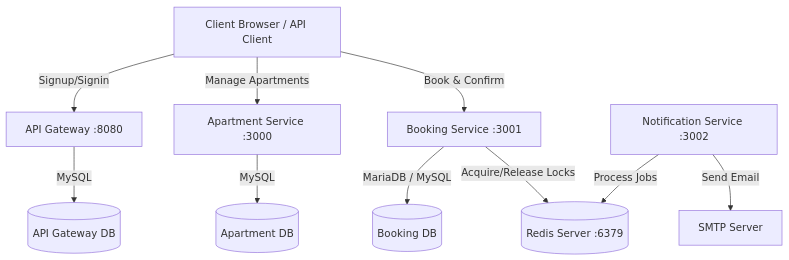
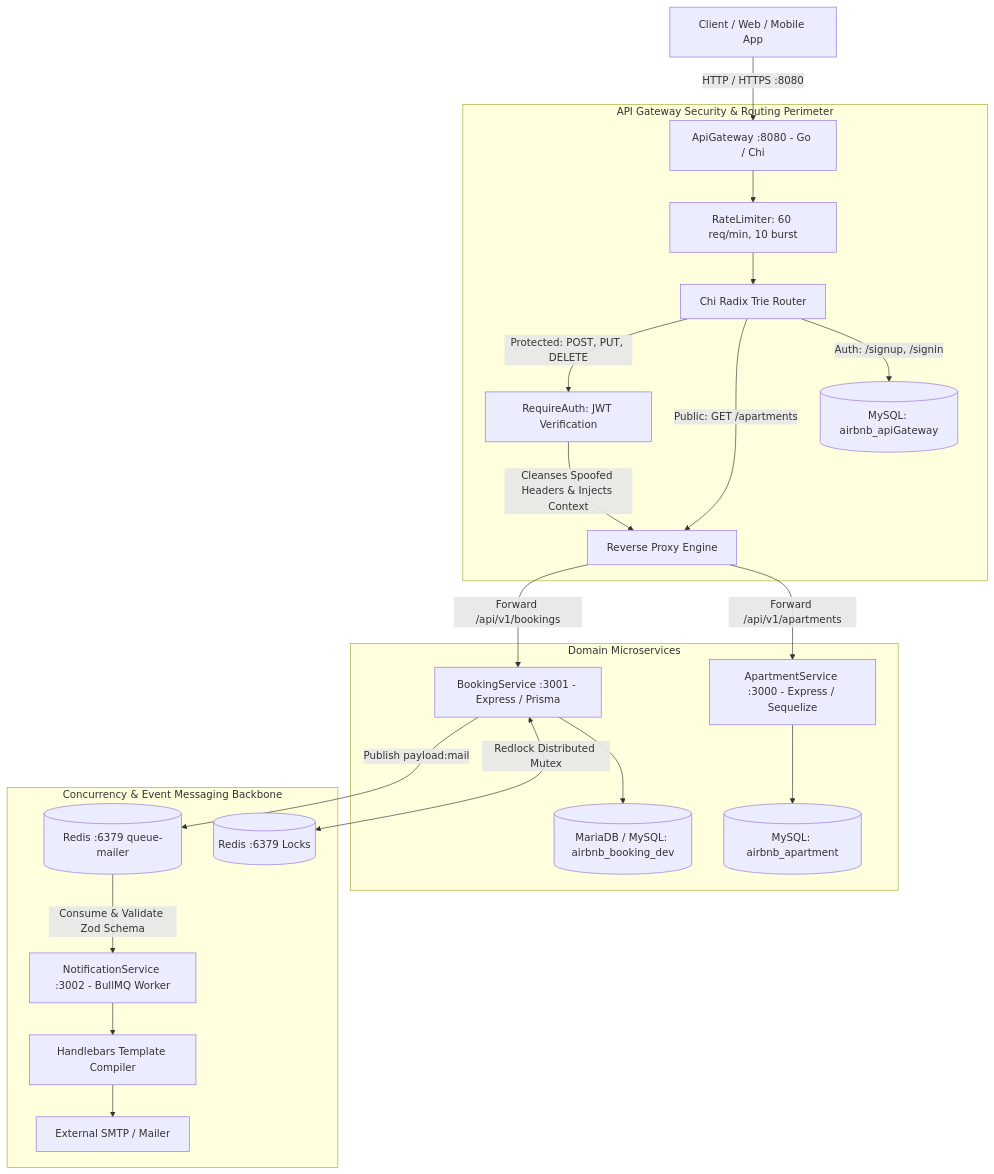
Before and after one commit to mahin273/AirBnB_Clone: the diagram in README.md, drawn with Mermaid. The commit also changed other lines of this file and 4 other files, not shown here.

Commit message:
docs: rewrite root and service readmes with comprehensive architectural guides

````diff
--- a/README.md
+++ b/README.md
@@ -7,14 +9,30 @@
 ```mermaid
-graph TD
-    Client[Client Browser / API Client] -->|Signup/Signin| Gateway[API Gateway :8080]
-    Client -->|Manage Apartments| ApartmentSvc[Apartment Service :3000]
-    Client -->|Book & Confirm| BookingSvc[Booking Service :3001]
-    
-    Gateway -->|MySQL| GatewayDB[(API Gateway DB)]
-    ApartmentSvc -->|MySQL| ApartmentDB[(Apartment DB)]
-    BookingSvc -->|MariaDB / MySQL| BookingDB[(Booking DB)]
-    BookingSvc -->|Acquire/Release Locks| Redis[(Redis Server :6379)]
-    
-    NotificationSvc[Notification Service :3002] -->|Process Jobs| Redis
-    NotificationSvc -->|Send Email| SMTP[SMTP Server]
+flowchart TD
+    Client[Client / Web / Mobile App] -->|HTTP / HTTPS :8080| Gateway[ApiGateway :8080 - Go / Chi]
+
+    subgraph EdgePerimeter [API Gateway Security & Routing Perimeter]
+        Gateway --> RateLimiter[RateLimiter: 60 req/min, 10 burst]
+        RateLimiter --> ChiRouter[Chi Radix Trie Router]
+        ChiRouter -->|Auth: /signup, /signin| UserDB[(MySQL: airbnb_apiGateway)]
+        ChiRouter -->|Public: GET /apartments| ProxyEngine[Reverse Proxy Engine]
+        ChiRouter -->|Protected: POST, PUT, DELETE| AuthMW[RequireAuth: JWT Verification]
+        AuthMW -->|Cleanses Spoofed Headers & Injects Context| ProxyEngine
+    end
+
+    subgraph ServiceMesh [Domain Microservices]
+        ProxyEngine -->|Forward /api/v1/apartments| AptSvc[ApartmentService :3000 - Express / Sequelize]
+        ProxyEngine -->|Forward /api/v1/bookings| BookSvc[BookingService :3001 - Express / Prisma]
+        
+        AptSvc --> AptDB[(MySQL: airbnb_apartment)]
+        BookSvc --> BookDB[(MariaDB / MySQL: airbnb_booking_dev)]
+    end
+
+    subgraph AsyncBackbone [Concurrency & Event Messaging Backbone]
+        BookSvc <-->|Redlock Distributed Mutex| RedisLocks[(Redis :6379 Locks)]
+        BookSvc -->|Publish payload:mail| RedisQueue[(Redis :6379 queue-mailer)]
+        
+        RedisQueue -->|Consume & Validate Zod Schema| NotifWorker[NotificationService :3002 - BullMQ Worker]
+        NotifWorker --> TemplateEngine[Handlebars Template Compiler]
+        TemplateEngine --> SMTP[External SMTP / Mailer]
+    end
 ```
````
